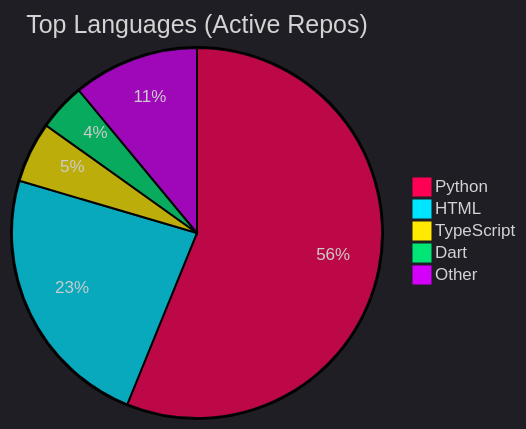
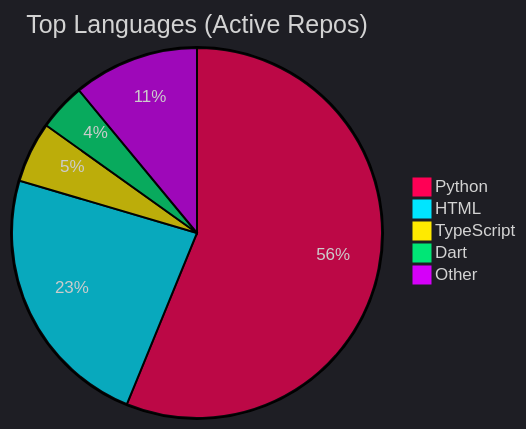
Before and after one commit to Nzettodess/Nzettodess: the diagram in README.md, drawn with Mermaid. The commit also changed other lines of this file, not shown here.

Commit message:
Update recent activity [skip ci]

````diff
--- a/README.md
+++ b/README.md
@@ -35,9 +35,9 @@
 ```mermaid
 %%{init: {'theme': 'dark', 'themeVariables': { 'pie1': '#FF0055', 'pie2': '#00E5FF', 'pie3': '#FFEA00', 'pie4': '#00E676', 'pie5': '#D500F9' }}}%%
 pie title Top Languages (Active Repos)
-    "Python" : 56.15
-    "HTML" : 23.40
+    "Python" : 56.19
+    "HTML" : 23.38
     "TypeScript" : 5.31
     "Dart" : 4.13
-    "Other" : 11.01
+    "Other" : 11.00
 ```
````
